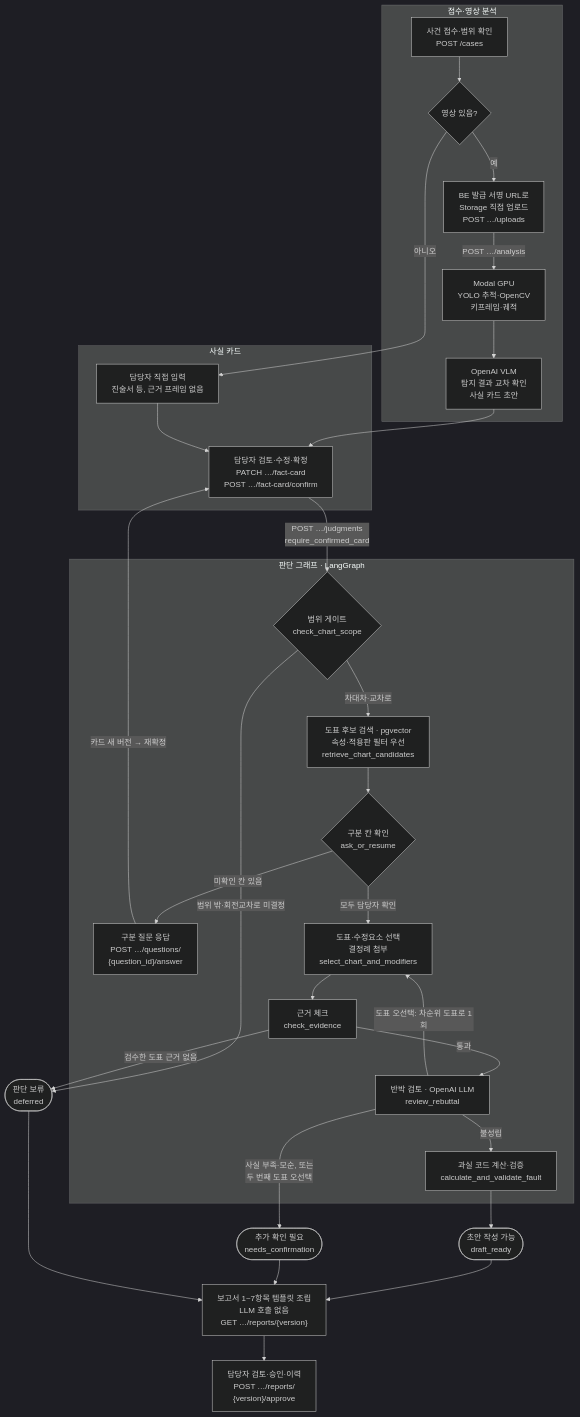
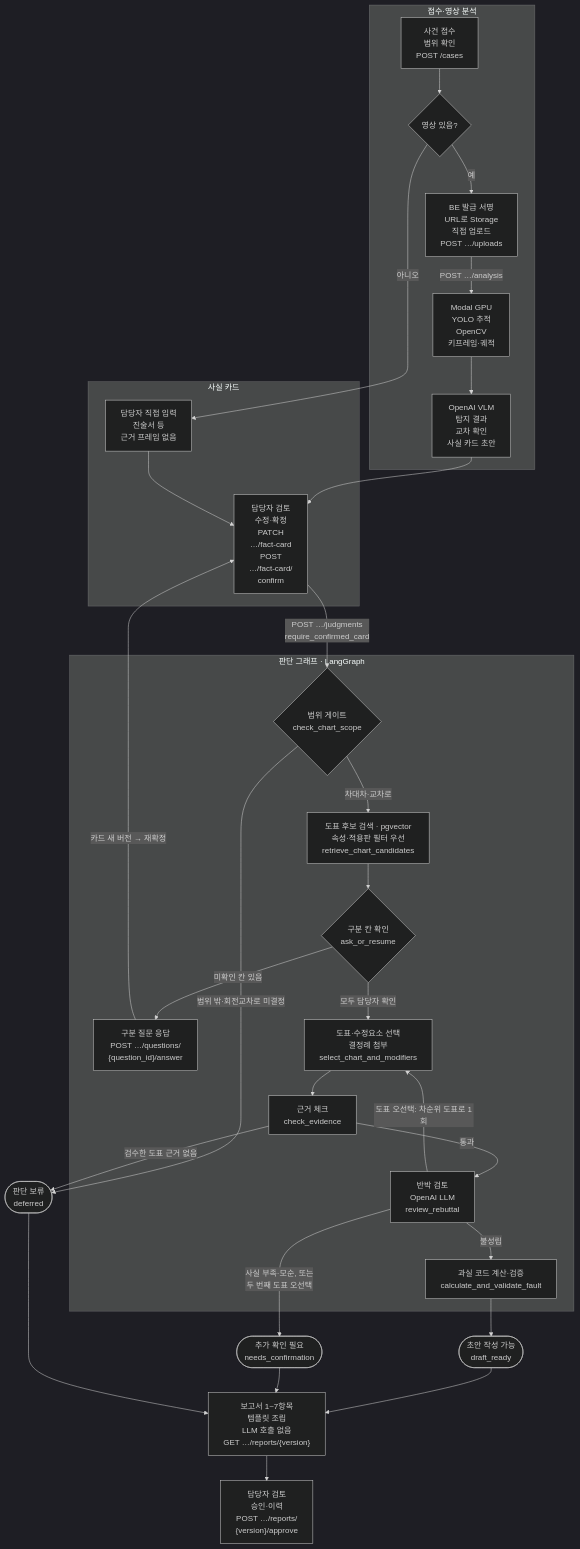
Before and after one commit to Ok-Muncheol/ok-muncheol-be: the diagram in README.md, drawn with Mermaid (dark theme).

Commit message:
[DOC] README 선행 MVP 처리 흐름도 칸 글자를 줄 단위로 끊어 단어 중간 줄바꿈을 없앤다 (#40)
- GitHub 렌더링에서 칸 한 줄 폭이 약 119px(한글 약 8자)이라 '범위 확/인'·'URL/로'·'교차 확/인'·'템플/릿'·'이/력'처럼 단어 중간에서 줄이 바뀌고 …/fact-card 경로는 하이픈에서 끊겼다
- 해당 칸 9개(사건 접수·서명 URL 업로드·Modal GPU·OpenAI VLM·담당자 직접 입력·담당자 검토·확정·반박 검토·보고서 조립·담당자 승인)를 <br/>로 직접 끊는다
- 흐름·분기·노드 이름·API 경로·판정 상태와 라벨 글자는 그대로 두고, 구분용 ·과 ,만 줄바꿈으로 대신한다

````diff
--- a/README.md
+++ b/README.md
@@ -61,50 +61,50 @@
 ```mermaid
 flowchart TD
     subgraph INTAKE["접수·영상 분석"]
-        A["사건 접수·범위 확인<br/>POST /cases"] --> B{영상 있음?}
-        B -->|예| C["BE 발급 서명 URL로<br/>Storage 직접 업로드<br/>POST …/uploads"]
-        C -->|"POST …/analysis"| D["Modal GPU<br/>YOLO 추적·OpenCV<br/>키프레임·궤적"]
-        D --> E["OpenAI VLM<br/>탐지 결과 교차 확인<br/>사실 카드 초안"]
+        A["사건 접수<br/>범위 확인<br/>POST /cases"] --> B{영상 있음?}
+        B -->|예| C["BE 발급 서명<br/>URL로 Storage<br/>직접 업로드<br/>POST …/uploads"]
+        C -->|"POST …/analysis"| D["Modal GPU<br/>YOLO 추적<br/>OpenCV<br/>키프레임·궤적"]
+        D --> E["OpenAI VLM<br/>탐지 결과<br/>교차 확인<br/>사실 카드 초안"]
     end
 
     subgraph CARD["사실 카드"]
-        F["담당자 직접 입력<br/>진술서 등, 근거 프레임 없음"]
-        G["담당자 검토·수정·확정<br/>PATCH …/fact-card<br/>POST …/fact-card/confirm"]
+        F["담당자 직접 입력<br/>진술서 등<br/>근거 프레임 없음"]
+        G["담당자 검토<br/>수정·확정<br/>PATCH<br/>…/fact-card<br/>POST<br/>…/fact-card/<br/>confirm"]
     end
 
     B -->|아니오| F
     E --> G
     F --> G
 
     subgraph JUDGE["판단 그래프 · LangGraph"]
         H{"범위 게이트<br/>check_chart_scope"}
         I["도표 후보 검색 · pgvector<br/>속성·적용판 필터 우선<br/>retrieve_chart_candidates"]
         J{"구분 칸 확인<br/>ask_or_resume"}
         K["구분 질문 응답<br/>POST …/questions/<br/>{question_id}/answer"]
         L["도표·수정요소 선택<br/>결정례 첨부<br/>select_chart_and_modifiers"]
         M["근거 체크<br/>check_evidence"]
-        N["반박 검토 · OpenAI LLM<br/>review_rebuttal"]
+        N["반박 검토<br/>OpenAI LLM<br/>review_rebuttal"]
         O["과실 코드 계산·검증<br/>calculate_and_validate_fault"]
         H -->|차대차·교차로| I --> J
         J -->|미확인 칸 있음| K
         J -->|모두 담당자 확인| L --> M
         M -->|통과| N
         N -->|불성립| O
         N -->|"도표 오선택: 차순위 도표로 1회"| L
     end
 
     G -->|"POST …/judgments<br/>require_confirmed_card"| H
     K -->|"카드 새 버전 → 재확정"| G
 
     R1(["초안 작성 가능<br/>draft_ready"])
     R2(["추가 확인 필요<br/>needs_confirmation"])
     R3(["판단 보류<br/>deferred"])
 
     H -->|"범위 밖·회전교차로 미결정"| R3
     M -->|"검수한 도표 근거 없음"| R3
     N -->|"사실 부족·모순, 또는<br/>두 번째 도표 오선택"| R2
     O --> R1
 
-    R1 & R2 & R3 --> S["보고서 1~7항목 템플릿 조립<br/>LLM 호출 없음<br/>GET …/reports/{version}"]
-    S --> T["담당자 검토·승인·이력<br/>POST …/reports/<br/>{version}/approve"]
+    R1 & R2 & R3 --> S["보고서 1~7항목<br/>템플릿 조립<br/>LLM 호출 없음<br/>GET …/reports/{version}"]
+    S --> T["담당자 검토<br/>승인·이력<br/>POST …/reports/<br/>{version}/approve"]
 ```
````
